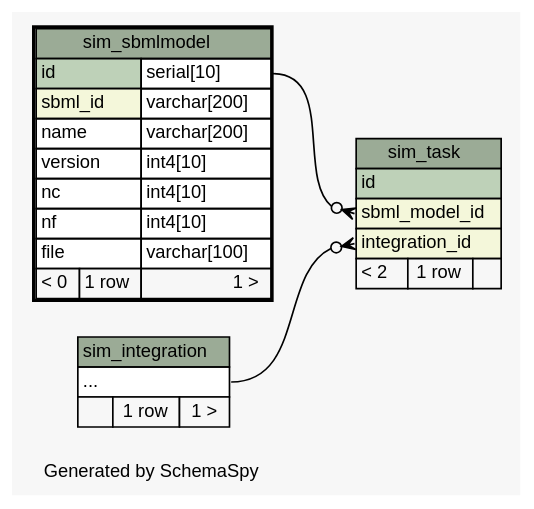
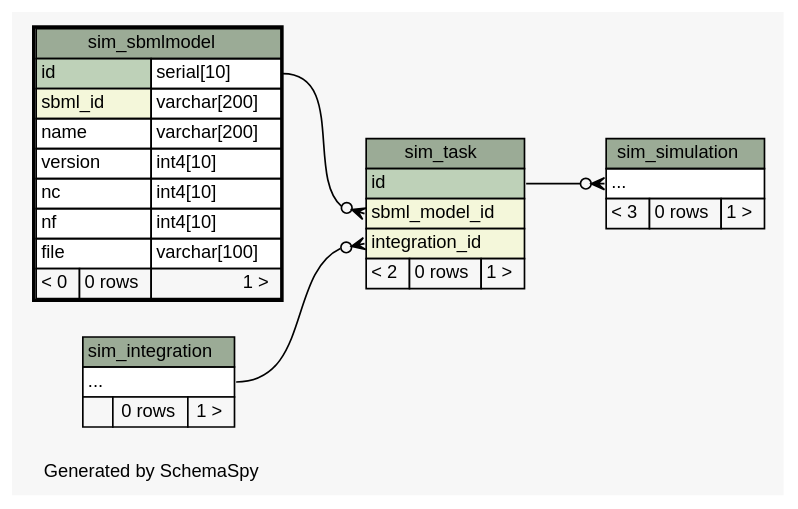
The diagram in database/diagrams/sim_sbmlmodel.2degrees.dot (jingyayeah/multiscale-galactose), drawn with Graphviz before and after one commit. The commit also changed 90 other files, not shown here.

```diff
--- a/database/diagrams/sim_sbmlmodel.2degrees.dot
+++ b/database/diagrams/sim_sbmlmodel.2degrees.dot
@@ -1,62 +1,73 @@
 // dot 2.20.2 on Linux 2.6.32-53-generic
 // SchemaSpy rev 590
 digraph "twoDegreesRelationshipsDiagram" {
   graph [
     rankdir="RL"
     bgcolor="#f7f7f7"
     label="\nGenerated by SchemaSpy"
     labeljust="l"
     nodesep="0.18"
     ranksep="0.46"
     fontname="Helvetica"
     fontsize="11"
   ];
   node [
     fontname="Helvetica"
     fontsize="11"
     shape="plaintext"
   ];
   edge [
     arrowsize="0.8"
   ];
+  "sim_simulation":"elipses":w -> "sim_task":"id":e [arrowhead=none dir=back arrowtail=crowodot];
   "sim_task":"integration_id":w -> "sim_integration":"elipses":e [arrowhead=none dir=back arrowtail=crowodot];
   "sim_task":"sbml_model_id":w -> "sim_sbmlmodel":"id.type":e [arrowhead=none dir=back arrowtail=crowodot];
   "sim_integration" [
     label=<
     <TABLE BORDER="0" CELLBORDER="1" CELLSPACING="0" BGCOLOR="#ffffff">
       <TR><TD COLSPAN="3" BGCOLOR="#9bab96" ALIGN="CENTER">sim_integration</TD></TR>
       <TR><TD PORT="elipses" COLSPAN="3" ALIGN="LEFT">...</TD></TR>
-      <TR><TD ALIGN="LEFT" BGCOLOR="#f7f7f7">  </TD><TD ALIGN="RIGHT" BGCOLOR="#f7f7f7">1 row</TD><TD ALIGN="RIGHT" BGCOLOR="#f7f7f7">1 &gt;</TD></TR>
+      <TR><TD ALIGN="LEFT" BGCOLOR="#f7f7f7">  </TD><TD ALIGN="RIGHT" BGCOLOR="#f7f7f7">0 rows</TD><TD ALIGN="RIGHT" BGCOLOR="#f7f7f7">1 &gt;</TD></TR>
     </TABLE>>
     URL="sim_integration.html"
     tooltip="sim_integration"
   ];
   "sim_sbmlmodel" [
     label=<
     <TABLE BORDER="2" CELLBORDER="1" CELLSPACING="0" BGCOLOR="#ffffff">
       <TR><TD COLSPAN="3" BGCOLOR="#9bab96" ALIGN="CENTER">sim_sbmlmodel</TD></TR>
       <TR><TD PORT="id" COLSPAN="2" BGCOLOR="#bed1b8" ALIGN="LEFT">id</TD><TD PORT="id.type" ALIGN="LEFT">serial[10]</TD></TR>
       <TR><TD PORT="sbml_id" COLSPAN="2" BGCOLOR="#f4f7da" ALIGN="LEFT">sbml_id</TD><TD PORT="sbml_id.type" ALIGN="LEFT">varchar[200]</TD></TR>
       <TR><TD PORT="name" COLSPAN="2" ALIGN="LEFT">name</TD><TD PORT="name.type" ALIGN="LEFT">varchar[200]</TD></TR>
       <TR><TD PORT="version" COLSPAN="2" ALIGN="LEFT">version</TD><TD PORT="version.type" ALIGN="LEFT">int4[10]</TD></TR>
       <TR><TD PORT="nc" COLSPAN="2" ALIGN="LEFT">nc</TD><TD PORT="nc.type" ALIGN="LEFT">int4[10]</TD></TR>
       <TR><TD PORT="nf" COLSPAN="2" ALIGN="LEFT">nf</TD><TD PORT="nf.type" ALIGN="LEFT">int4[10]</TD></TR>
       <TR><TD PORT="file" COLSPAN="2" ALIGN="LEFT">file</TD><TD PORT="file.type" ALIGN="LEFT">varchar[100]</TD></TR>
-      <TR><TD ALIGN="LEFT" BGCOLOR="#f7f7f7">&lt; 0</TD><TD ALIGN="RIGHT" BGCOLOR="#f7f7f7">1 row</TD><TD ALIGN="RIGHT" BGCOLOR="#f7f7f7">1 &gt;</TD></TR>
+      <TR><TD ALIGN="LEFT" BGCOLOR="#f7f7f7">&lt; 0</TD><TD ALIGN="RIGHT" BGCOLOR="#f7f7f7">0 rows</TD><TD ALIGN="RIGHT" BGCOLOR="#f7f7f7">1 &gt;</TD></TR>
     </TABLE>>
     URL="sim_sbmlmodel.html"
     tooltip="sim_sbmlmodel"
+  ];
+  "sim_simulation" [
+    label=<
+    <TABLE BORDER="0" CELLBORDER="1" CELLSPACING="0" BGCOLOR="#ffffff">
+      <TR><TD COLSPAN="3" BGCOLOR="#9bab96" ALIGN="CENTER">sim_simulation</TD></TR>
+      <TR><TD PORT="elipses" COLSPAN="3" ALIGN="LEFT">...</TD></TR>
+      <TR><TD ALIGN="LEFT" BGCOLOR="#f7f7f7">&lt; 3</TD><TD ALIGN="RIGHT" BGCOLOR="#f7f7f7">0 rows</TD><TD ALIGN="RIGHT" BGCOLOR="#f7f7f7">1 &gt;</TD></TR>
+    </TABLE>>
+    URL="sim_simulation.html"
+    tooltip="sim_simulation"
   ];
   "sim_task" [
     label=<
     <TABLE BORDER="0" CELLBORDER="1" CELLSPACING="0" BGCOLOR="#ffffff">
       <TR><TD COLSPAN="3" BGCOLOR="#9bab96" ALIGN="CENTER">sim_task</TD></TR>
       <TR><TD PORT="id" COLSPAN="3" BGCOLOR="#bed1b8" ALIGN="LEFT">id</TD></TR>
       <TR><TD PORT="sbml_model_id" COLSPAN="3" BGCOLOR="#f4f7da" ALIGN="LEFT">sbml_model_id</TD></TR>
       <TR><TD PORT="integration_id" COLSPAN="3" BGCOLOR="#f4f7da" ALIGN="LEFT">integration_id</TD></TR>
-      <TR><TD ALIGN="LEFT" BGCOLOR="#f7f7f7">&lt; 2</TD><TD ALIGN="RIGHT" BGCOLOR="#f7f7f7">1 row</TD><TD ALIGN="RIGHT" BGCOLOR="#f7f7f7">  </TD></TR>
+      <TR><TD ALIGN="LEFT" BGCOLOR="#f7f7f7">&lt; 2</TD><TD ALIGN="RIGHT" BGCOLOR="#f7f7f7">0 rows</TD><TD ALIGN="RIGHT" BGCOLOR="#f7f7f7">1 &gt;</TD></TR>
     </TABLE>>
     URL="sim_task.html"
     tooltip="sim_task"
   ];
 }
```
